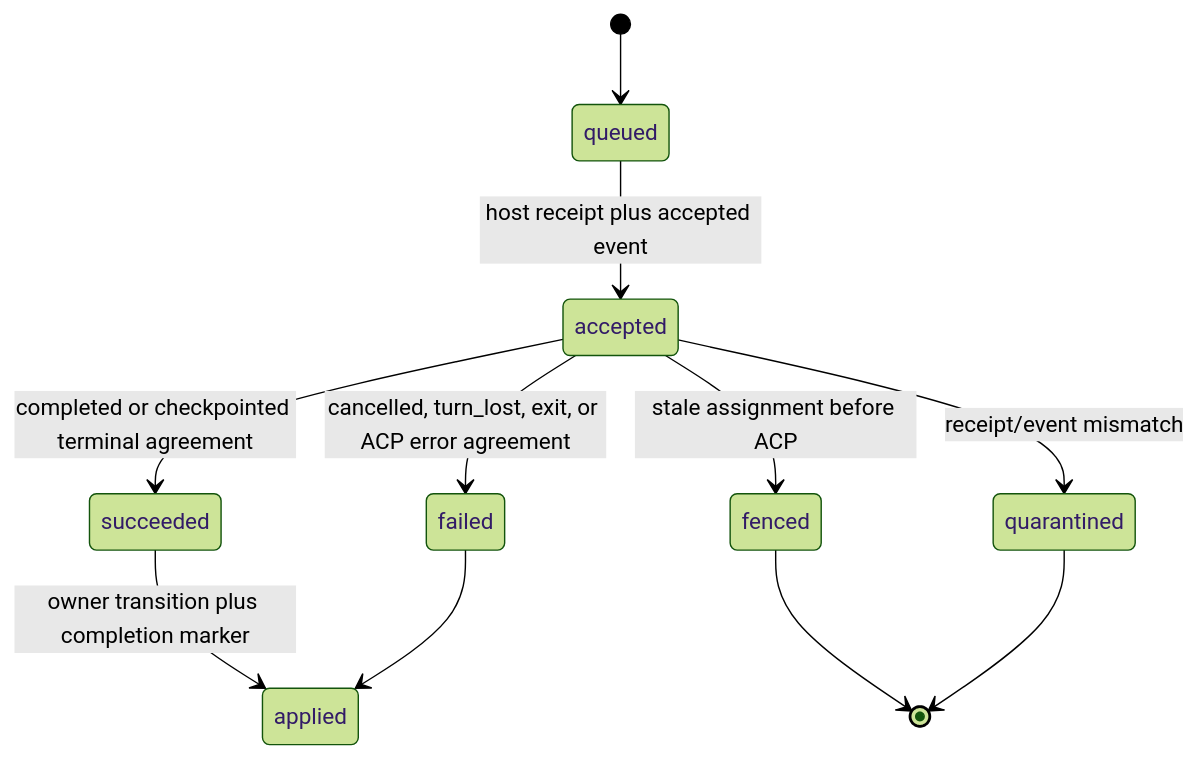
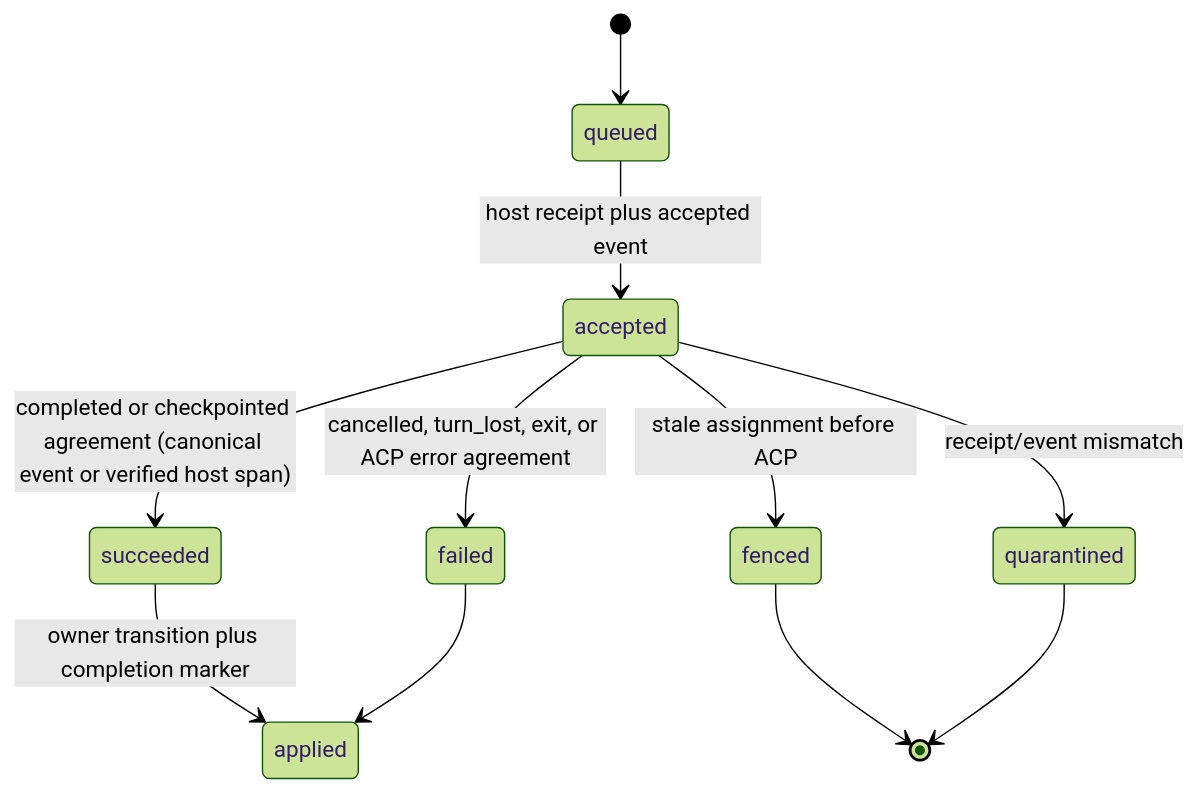
The first of 4 diagrams in docs/system-analytics/execution-prompt-lifecycle.md (maister-dev/maister), drawn with Mermaid (forest theme) before and after one commit. The commit also changed other lines of this file and 15 other files, not shown here.

````diff
--- a/docs/system-analytics/execution-prompt-lifecycle.md
+++ b/docs/system-analytics/execution-prompt-lifecycle.md
@@ -100,13 +116,13 @@
 ```mermaid
 stateDiagram-v2
   [*] --> queued
   queued --> accepted: host receipt plus accepted event
-  accepted --> succeeded: completed or checkpointed terminal agreement
+  accepted --> succeeded: completed or checkpointed agreement (canonical event or verified host span)
   accepted --> failed: cancelled, turn_lost, exit, or ACP error agreement
   accepted --> fenced: stale assignment before ACP
   accepted --> quarantined: receipt/event mismatch
   succeeded --> applied: owner transition plus completion marker
   failed --> applied
   fenced --> [*]
   quarantined --> [*]
 ```
````
